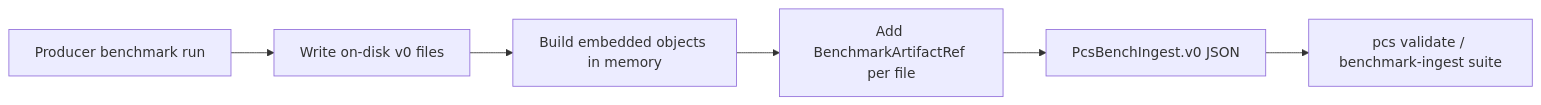
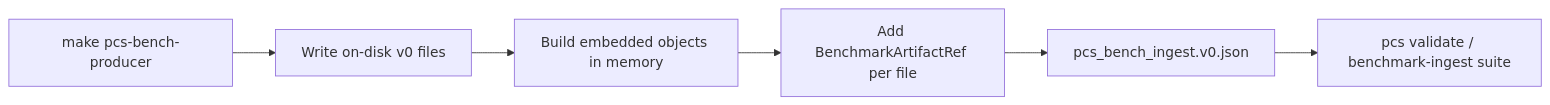
The diagram in docs/producer-benchmark-ingest.md (SentinelOps-CI/pcs-core), drawn with Mermaid before and after one commit. The commit also changed other lines of this file and 30 other files, not shown here.

Commit message:
Freeze benchmark ingest v1.0 with live producer goldens and unified validation

````diff
--- a/docs/producer-benchmark-ingest.md
+++ b/docs/producer-benchmark-ingest.md
@@ -17,8 +36,8 @@
 ```mermaid
 flowchart LR
-  A[Producer benchmark run] --> B[Write on-disk v0 files]
+  A[make pcs-bench-producer] --> B[Write on-disk v0 files]
   B --> C[Build embedded objects in memory]
   C --> D[Add BenchmarkArtifactRef per file]
-  D --> E[PcsBenchIngest.v0 JSON]
+  D --> E[pcs_bench_ingest.v0.json]
   E --> F[pcs validate / benchmark-ingest suite]
 ```
````
